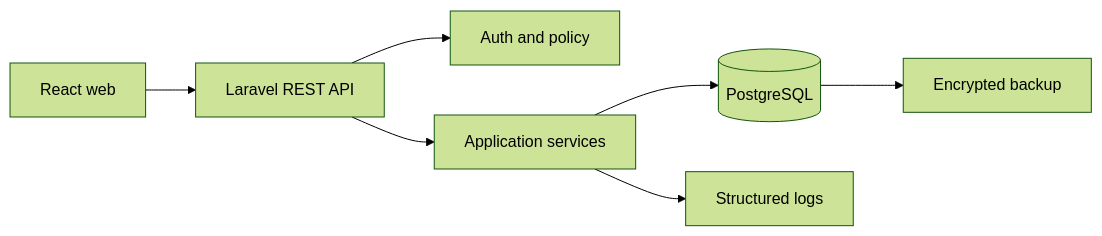
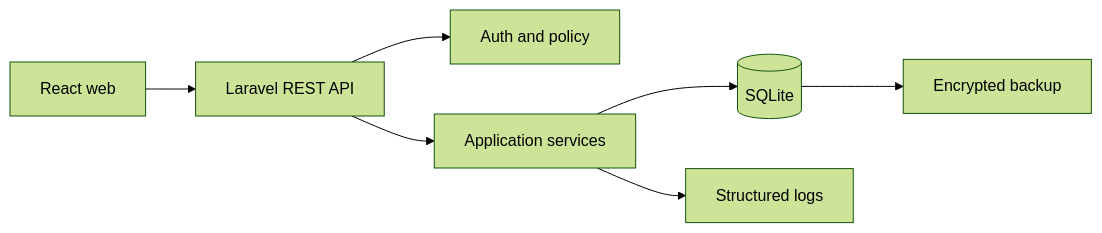
Before and after one commit to mario-005/Capstone-Runtime-Error: the diagram in docs/architecture.md, drawn with Mermaid (forest theme). The commit also changed other lines of this file and 19 other files, not shown here.

````diff
--- a/docs/architecture.md
+++ b/docs/architecture.md
@@ -7,9 +7,9 @@
 ```mermaid
 flowchart LR
  Browser[React web] --> API[Laravel REST API]
  API --> Auth[Auth and policy]
  API --> Domain[Application services]
- Domain --> DB[(PostgreSQL)]
+ Domain --> DB[(SQLite)]
  Domain --> Log[Structured logs]
  DB --> Backup[Encrypted backup]
 ```
````
